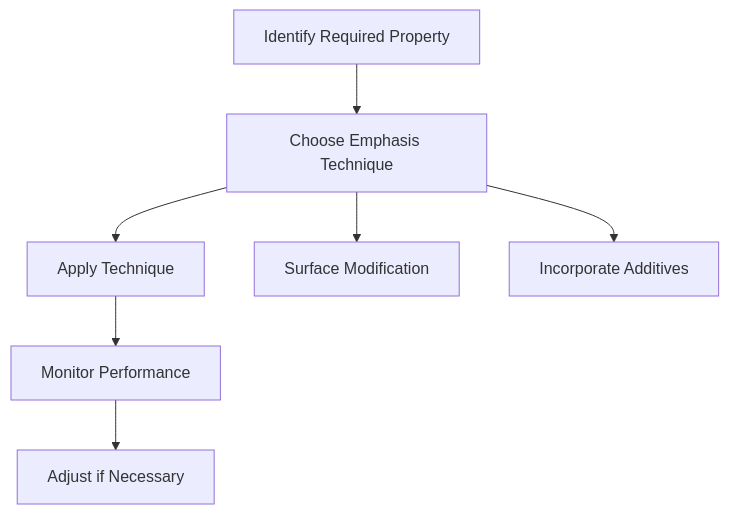
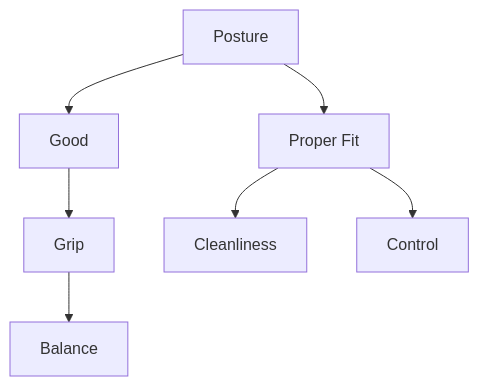
Before and after one commit to chauhanpriyanshu001/Khudkibook-Web.github.io: the seventh of 13 diagrams in data/ai_books/310004/part-s3.md, drawn with Mermaid. The commit also changed other lines of this file and 33388 other files, not shown here.

````diff
--- a/data/ai_books/310004/part-s3.md
+++ b/data/ai_books/310004/part-s3.md
@@ -32,7 +215,9 @@
 ```mermaid
 flowchart TD
-    A[Identify Required Property] --> B[Choose Emphasis Technique] --> C[Apply Technique]
-    B --> D[Surface Modification]
-    B --> E[Incorporate Additives]
-    C --> F[Monitor Performance] --> G[Adjust if Necessary]
+    A[Posture] --> B[Good]
+    B --> C[Grip]
+    C --> D[Balance]
+    A --> E[Proper Fit]
+    E --> F[Cleanliness]
+    E --> G[Control]
 ```
````
